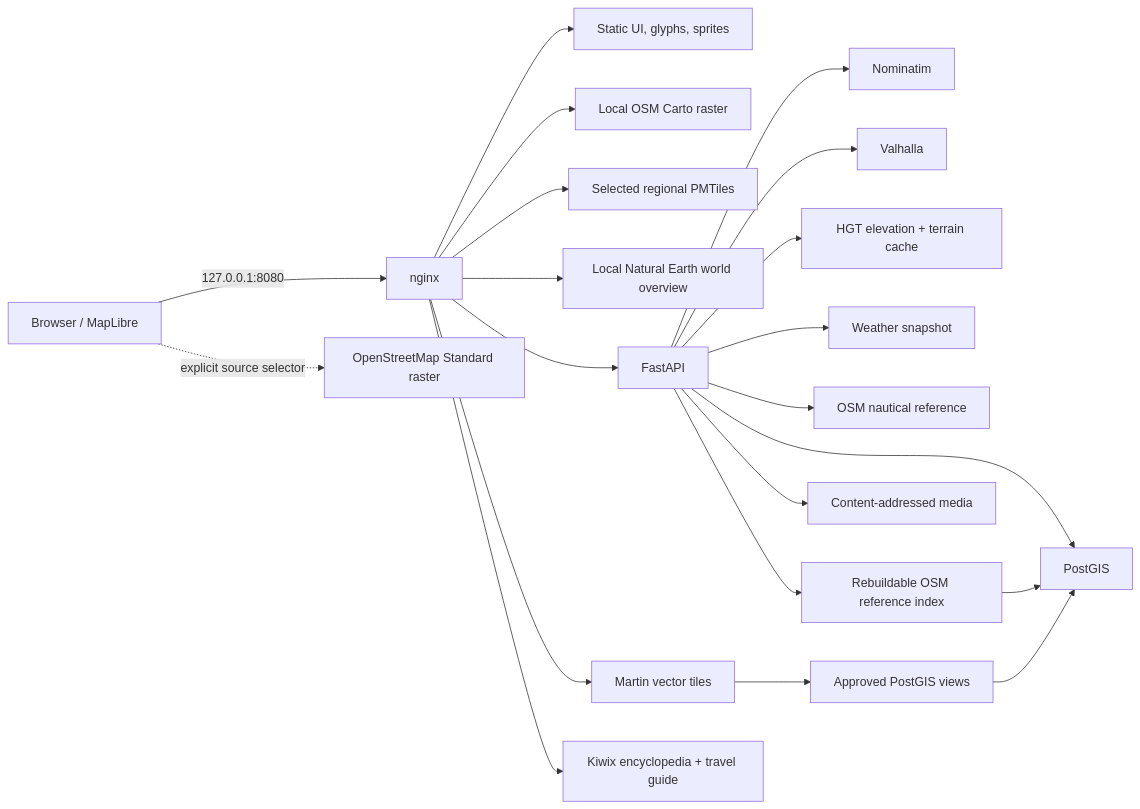
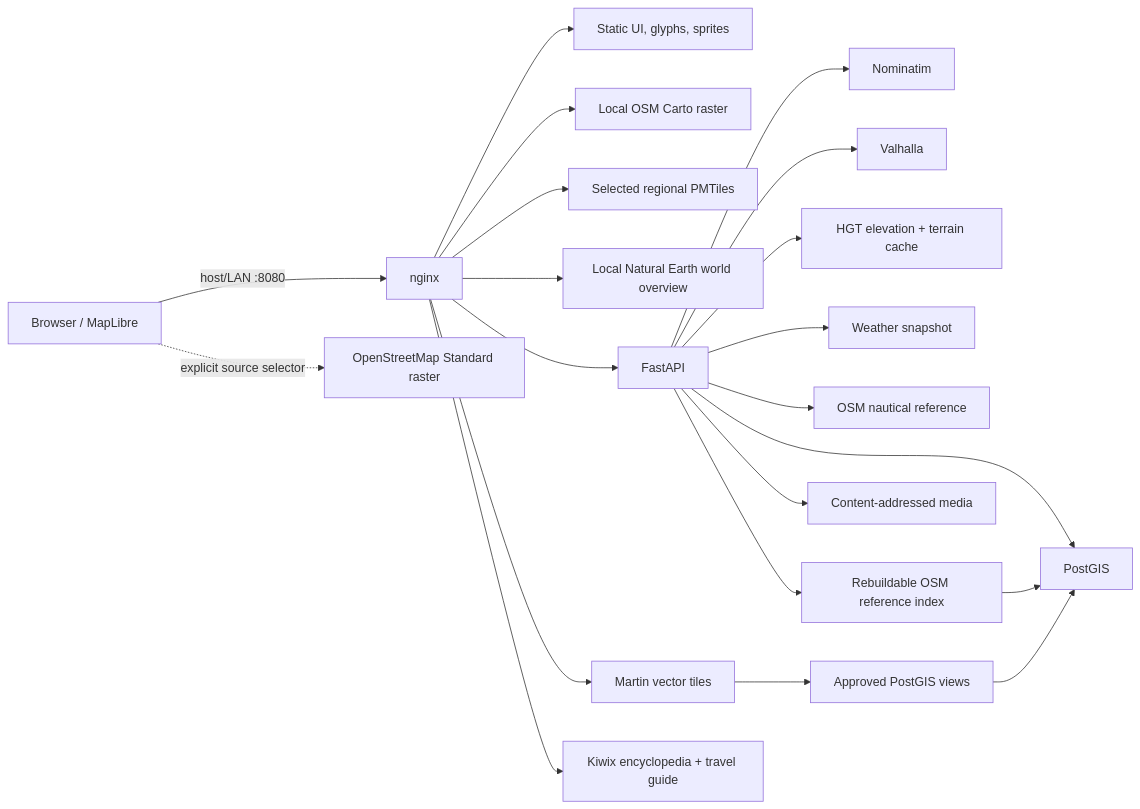
One commit to bd4rex/TerraSys changed the diagram in docs/ARCHITECTURE.md. Above: the diagram before and after it, drawn with Mermaid. The commit also changed other lines of this file and 9 other files, not shown here.

````diff
--- a/docs/ARCHITECTURE.md
+++ b/docs/ARCHITECTURE.md
@@ -14,23 +14,23 @@
 ```mermaid
 flowchart LR
-  Browser["Browser / MapLibre"] -->|"127.0.0.1:8080"| Nginx["nginx"]
+  Browser["Browser / MapLibre"] -->|"host/LAN :8080"| Nginx["nginx"]
   Nginx --> Web["Static UI, glyphs, sprites"]
   Nginx --> Carto["Local OSM Carto raster"]
   Nginx --> PM["Selected regional PMTiles"]
   Nginx --> Overview["Local Natural Earth world overview"]
   Browser -. "explicit source selector" .-> OSMTiles["OpenStreetMap Standard raster"]
   Nginx --> API["FastAPI"]
   Nginx --> Martin["Martin vector tiles"]
   Nginx --> Kiwix["Kiwix encyclopedia + travel guide"]
   API --> PG["PostGIS"]
   API --> Nom["Nominatim"]
   API --> Val["Valhalla"]
   API --> HGT["HGT elevation + terrain cache"]
   API --> Weather["Weather snapshot"]
   API --> Nautical["OSM nautical reference"]
   API --> Search["Rebuildable OSM reference index"]
   Search --> PG
   API --> Media["Content-addressed media"]
   Martin --> Views["Approved PostGIS views"]
   Views --> PG
 ```
````
